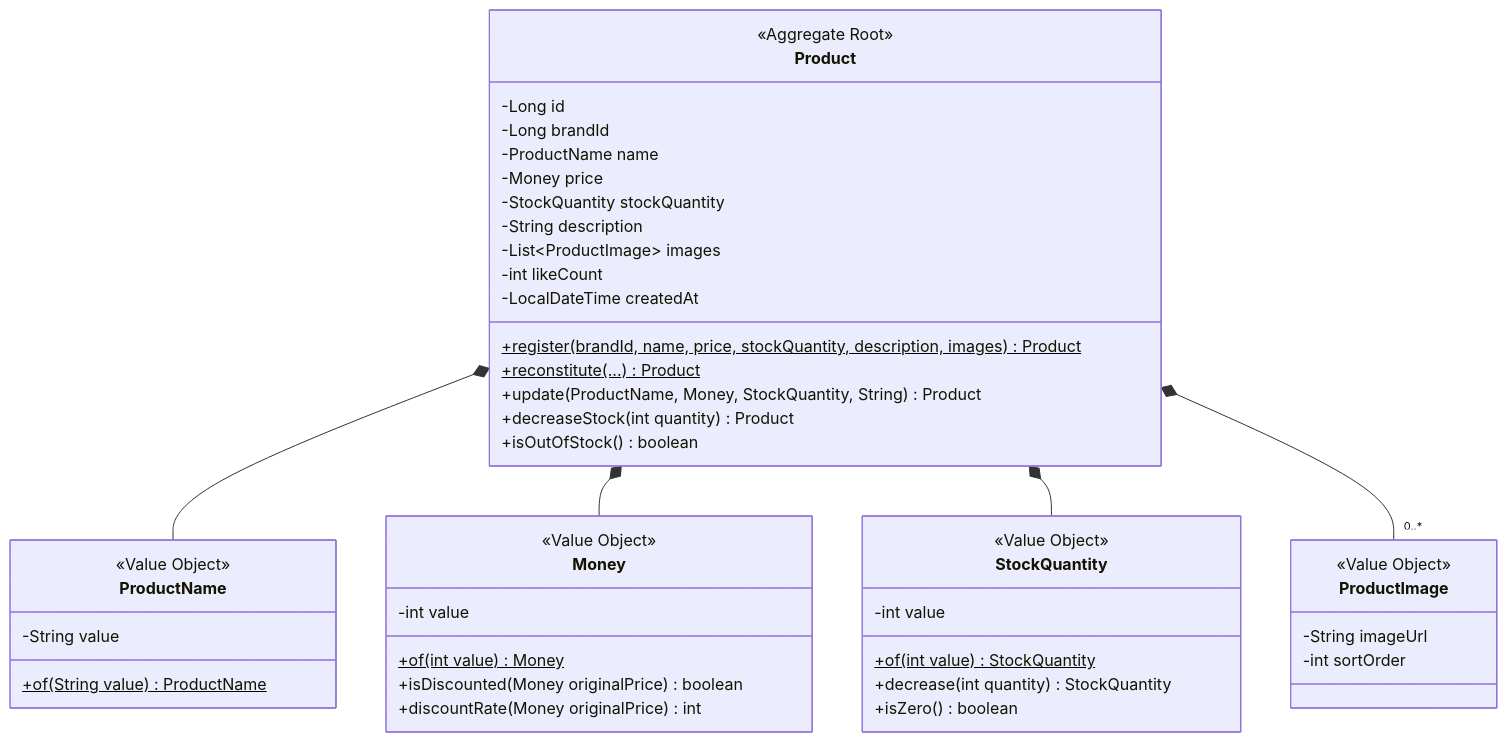
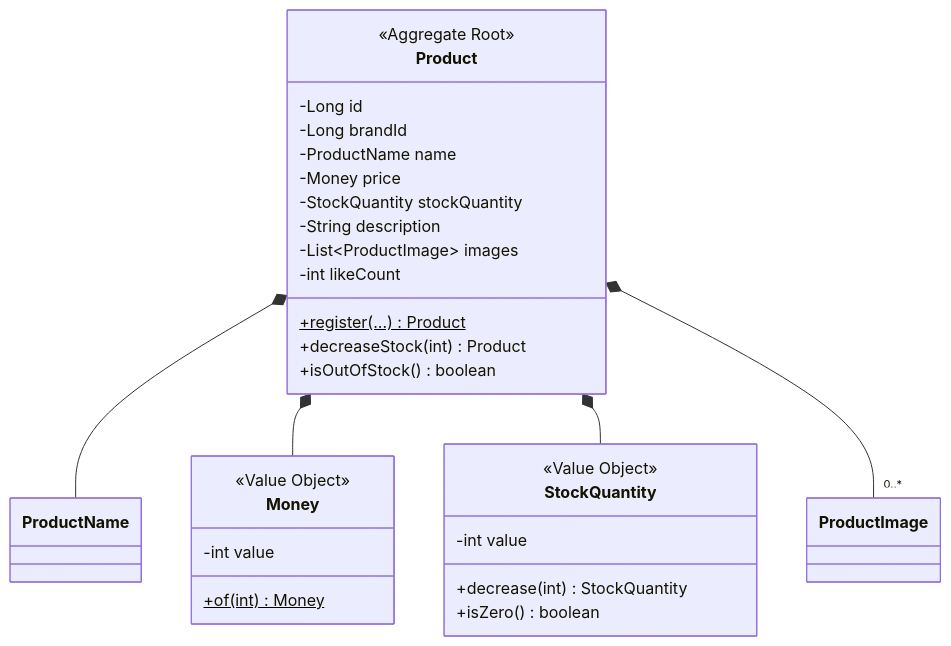
The sixth of 8 diagrams in .docs/design/03-class-diagram.md (ukukdin/loop-pack-be-l2-vol3-java), drawn with Mermaid before and after one commit. The commit also changed other lines of this file and 11 other files, not shown here.

````diff
--- a/.docs/design/03-class-diagram.md
+++ b/.docs/design/03-class-diagram.md
@@ -596,53 +323,33 @@
 ```mermaid
 classDiagram
+    Product *-- ProductName
+    Product *-- Money
+    Product *-- StockQuantity
+    Product *-- "0..*" ProductImage
+
     class Product {
         <<Aggregate Root>>
         -Long id
         -Long brandId
         -ProductName name
         -Money price
         -StockQuantity stockQuantity
         -String description
         -List~ProductImage~ images
         -int likeCount
-        -LocalDateTime createdAt
-        +register(brandId, name, price, stockQuantity, description, images)$ Product
-        +reconstitute(...)$ Product
-        +update(ProductName, Money, StockQuantity, String) Product
-        +decreaseStock(int quantity) Product
+        +register(...)$ Product
+        +decreaseStock(int) Product
         +isOutOfStock() boolean
     }
-
-    class ProductName {
-        <<Value Object>>
-        -String value
-        +of(String value)$ ProductName
-    }
-
     class Money {
         <<Value Object>>
         -int value
-        +of(int value)$ Money
-        +isDiscounted(Money originalPrice) boolean
-        +discountRate(Money originalPrice) int
+        +of(int)$ Money
     }
-
     class StockQuantity {
         <<Value Object>>
         -int value
-        +of(int value)$ StockQuantity
-        +decrease(int quantity) StockQuantity
+        +decrease(int) StockQuantity
         +isZero() boolean
     }
-
-    class ProductImage {
-        <<Value Object>>
-        -String imageUrl
-        -int sortOrder
-    }
-
-    Product *-- ProductName
-    Product *-- Money
-    Product *-- StockQuantity
-    Product *-- "0..*" ProductImage
 ```
````
